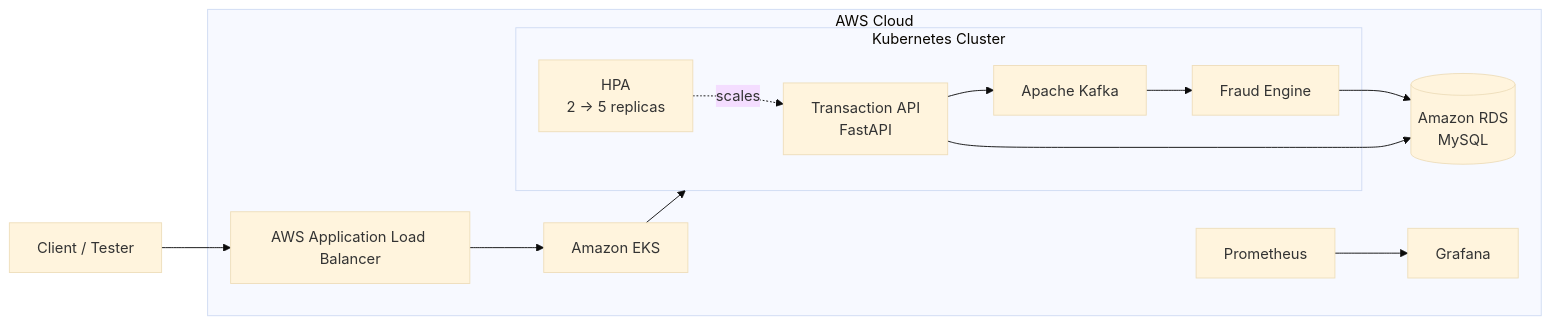
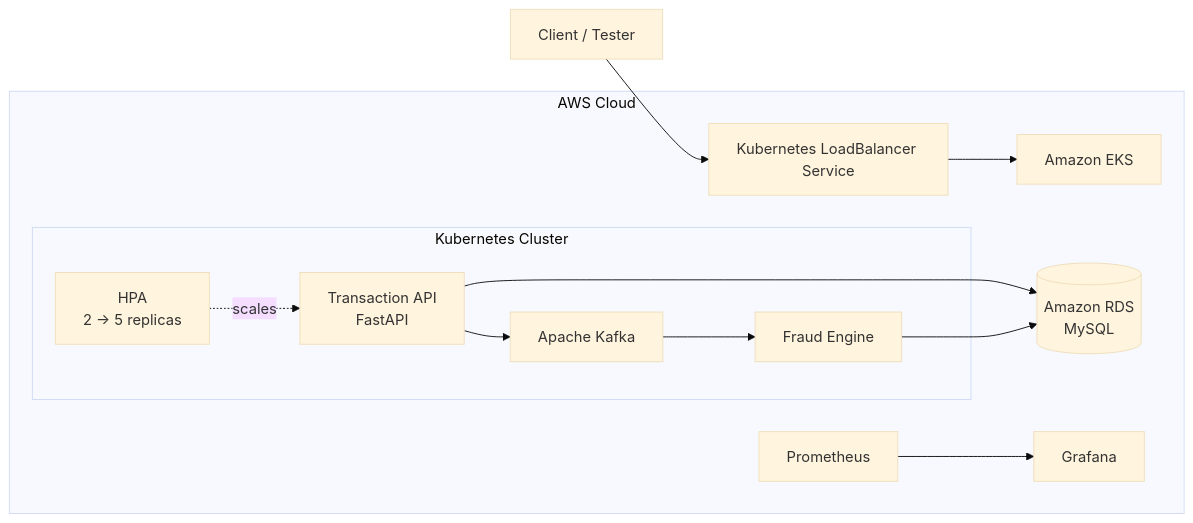
Before and after one commit to JAYSINH6094/cloud-native-fraud-platform: the diagram in README.md, drawn with Mermaid (base theme). The commit also changed other lines of this file and 3 other files, not shown here.

````diff
--- a/README.md
+++ b/README.md
@@ -43,30 +85,28 @@
 ```mermaid
 flowchart LR
     U[Client / Tester]
 
-    U --> ALB[AWS Application Load Balancer]
+    U --> LB[Kubernetes LoadBalancer Service]
 
     subgraph AWS[AWS Cloud]
-        ALB --> EKS[Amazon EKS]
+        LB --> EKS[Amazon EKS]
 
         subgraph K8S[Kubernetes Cluster]
             API[Transaction API<br/>FastAPI]
             KAFKA[Apache Kafka]
             FRAUD[Fraud Engine]
             HPA[HPA<br/>2 → 5 replicas]
 
             API --> KAFKA
             KAFKA --> FRAUD
             HPA -. scales .-> API
         end
 
-        FRAUD --> RDS[(Amazon RDS<br/>MySQL)]
-        API --> RDS
+        API --> RDS[(Amazon RDS<br/>MySQL)]
+        FRAUD --> RDS
 
         PROM[Prometheus]
         GRAF[Grafana]
         PROM --> GRAF
     end
-
-    EKS --> K8S
 ```
````
